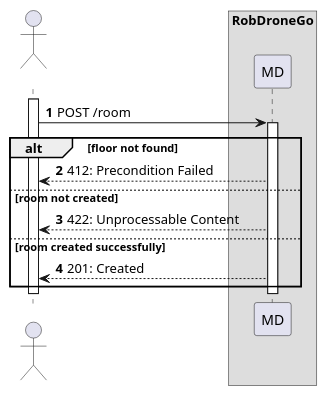
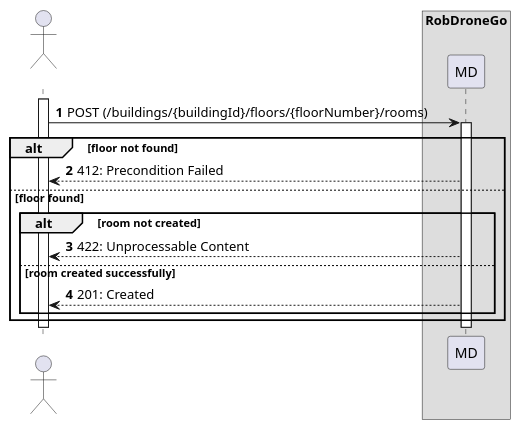
Before and after one commit to Departamento-de-Engenharia-Informatica/lapr5-23-24-g19: the diagram in docs/us310/level2/process-view.puml, drawn with PlantUML. The commit also changed 21 other files, not shown here.

```diff
--- a/docs/us310/level2/process-view.puml
+++ b/docs/us310/level2/process-view.puml
@@ -1,24 +1,26 @@
 @startuml
 autonumber
 
 actor " " as actor
 box "RobDroneGo"
 participant "MD" as mdr
 
 activate actor
-    actor -> mdr: POST /room
+    actor -> mdr: POST (/buildings/{buildingId}/floors/{floorNumber}/rooms)
     activate mdr
 
     alt  floor not found
         mdr --> actor : 412: Precondition Failed
-    else room not created
+    else floor found
+    alt room not created
         mdr --> actor : 422: Unprocessable Content
     else room created successfully
         mdr --> actor : 201: Created
+        end
     end
 
     deactivate mdr
 deactivate actor
 
 
 @enduml
```
